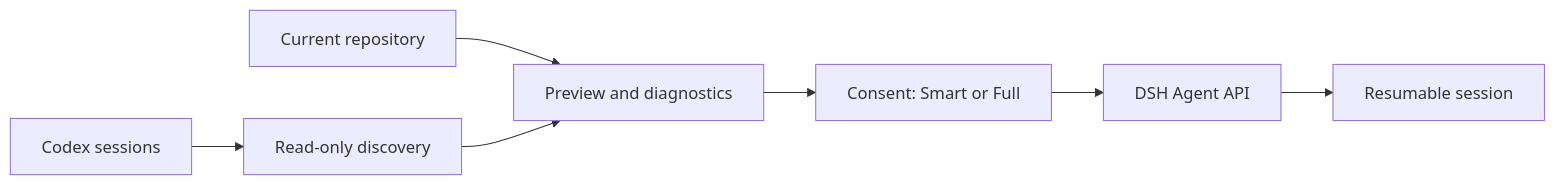
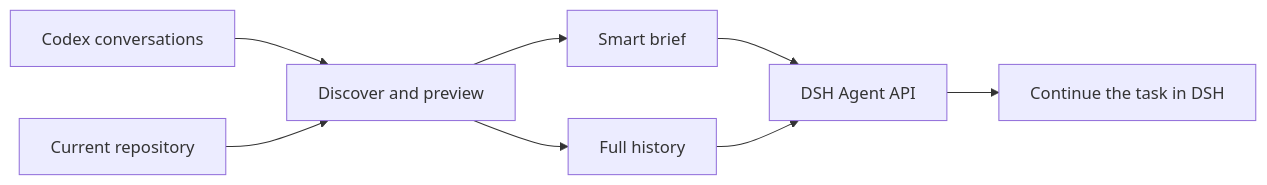
The diagram in README.md (Muzhizyy/dsh-codex-handoff), drawn with Mermaid before and after one commit. The commit also changed other lines of this file and 42 other files, not shown here.

````diff
--- a/README.md
+++ b/README.md
@@ -17,9 +77,10 @@
 ```mermaid
 flowchart LR
-  A[Codex sessions] --> B[Read-only discovery]
-  R[Current repository] --> C[Preview and diagnostics]
-  B --> C
-  C --> D[Consent: Smart or Full]
-  D --> E[DSH Agent API]
-  E --> F[Resumable session]
+    C[Codex conversations] --> P[Discover and preview]
+    R[Current repository] --> P
+    P --> S[Smart brief]
+    P --> F[Full history]
+    S --> A[DSH Agent API]
+    F --> A
+    A --> N[Continue the task in DSH]
 ```
````
